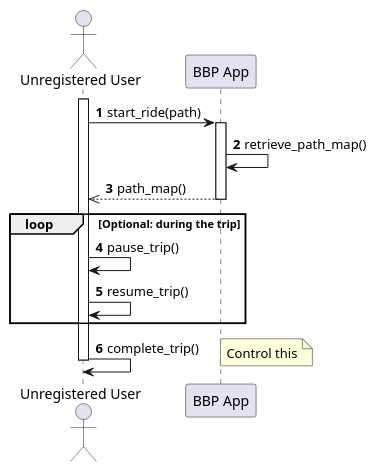
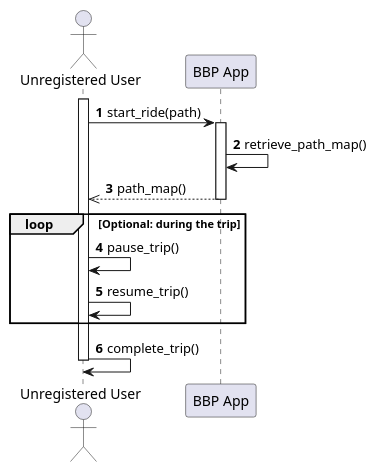
The diagram in diagrams/RASD/sequence diagram/UC8_sequence_diagram.puml (Guflie/PoliMi-SWE2-RDD-project), drawn with PlantUML before and after one commit. The commit also changed 16 other files, not shown here.

Commit message:
[RASD] Updated and fixed Sequence Diagrams

```diff
--- a/diagrams/RASD/sequence diagram/UC8_sequence_diagram.puml
+++ b/diagrams/RASD/sequence diagram/UC8_sequence_diagram.puml
@@ -1,25 +1,24 @@
 @startuml uc8_sequence_diagram
 actor "Unregistered User" as User
 participant "BBP App" as App
 
 autonumber
 
 activate User
 
 User -> App : start_ride(path)
 activate App
 
 App -> App : retrieve_path_map()
 App -->> User : path_map()
 deactivate App
 
 loop Optional: during the trip
     User -> User : pause_trip()
     User -> User : resume_trip()
 end
 
 User -> User : complete_trip()
-note right: Control this
 
 deactivate User
 @enduml
```
